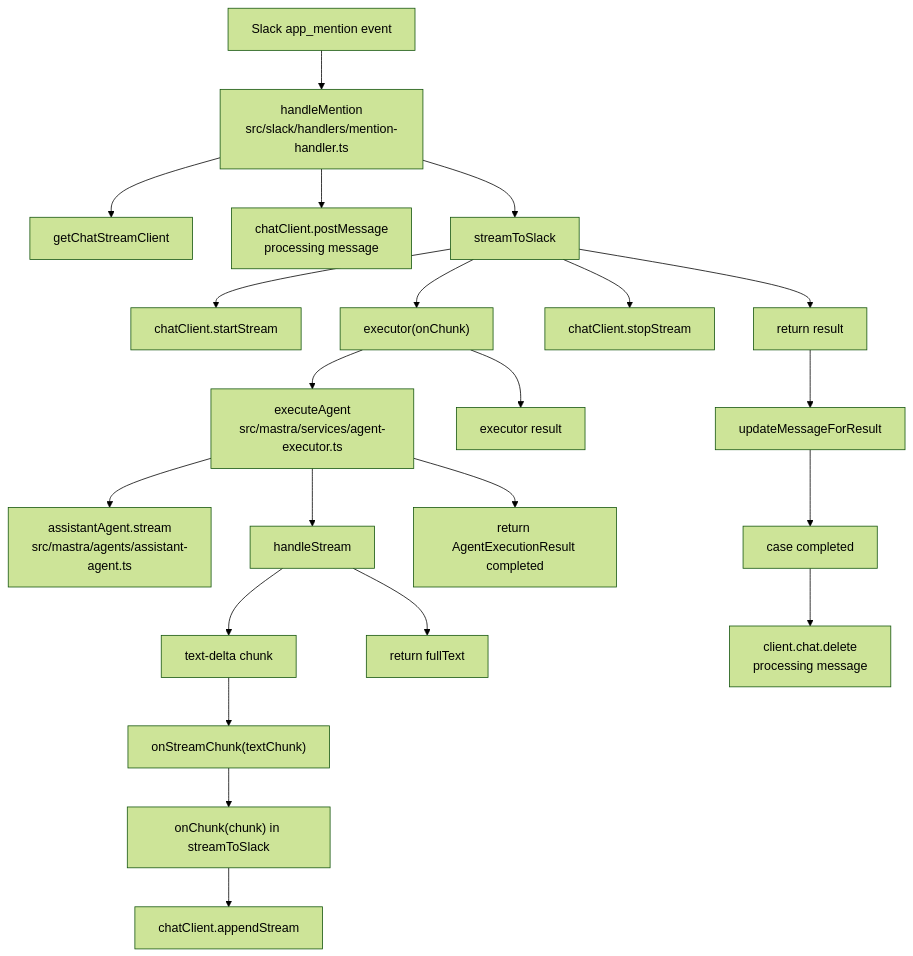
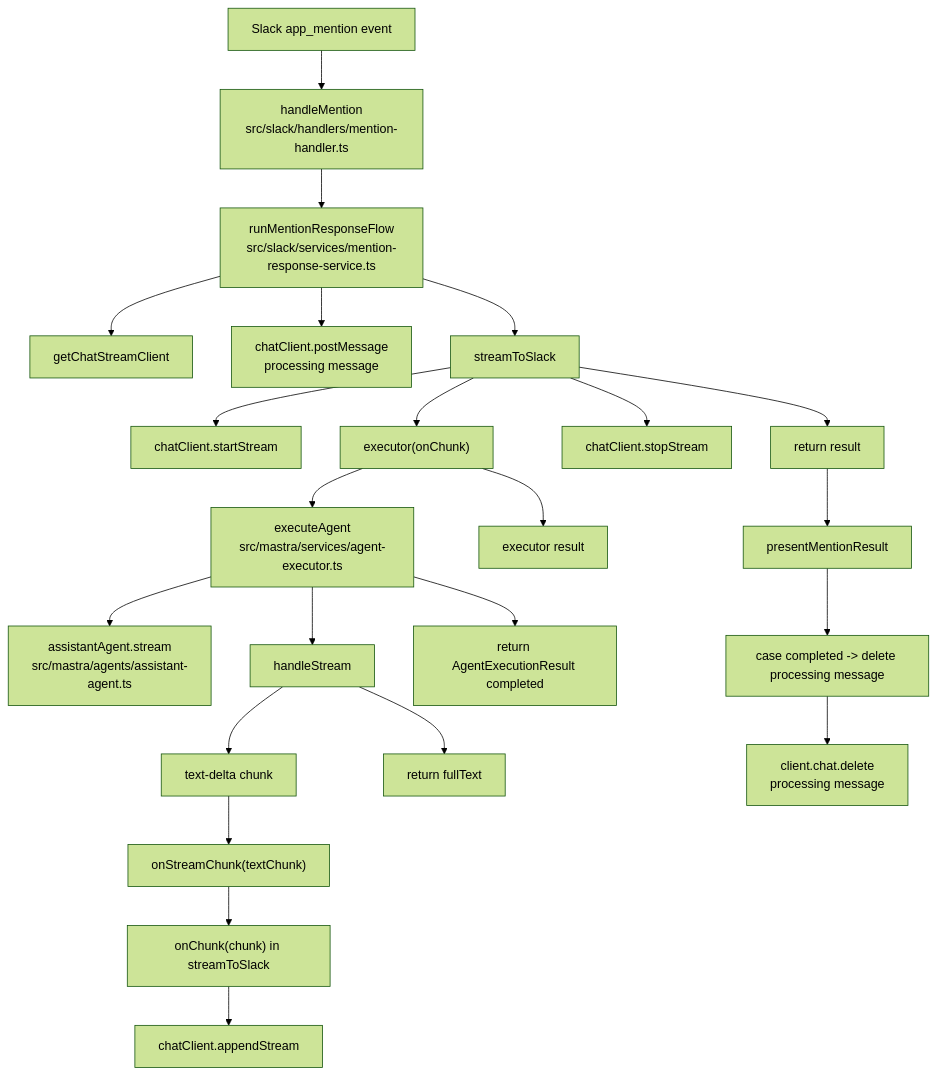
Before and after one commit to 2bo/mastra-slack-agent: the diagram in docs/MENTION_TEXT_RESPONSE_FLOW.md, drawn with Mermaid (forest theme). The commit also changed other lines of this file and 17 other files, not shown here.

Commit message:
refactor(slack): split response flows and simplify HITL result presentation Entire-Checkpoint: 007fd25de0ab

````diff
--- a/docs/MENTION_TEXT_RESPONSE_FLOW.md
+++ b/docs/MENTION_TEXT_RESPONSE_FLOW.md
@@ -34,30 +37,31 @@
 ```mermaid
 flowchart TD
   A["Slack app_mention event"] --> B["handleMention\nsrc/slack/handlers/mention-handler.ts"]
+  B --> C["runMentionResponseFlow\nsrc/slack/services/mention-response-service.ts"]
 
-  B --> C["getChatStreamClient"]
-  B --> D["chatClient.postMessage\nprocessing message"]
-  B --> E["streamToSlack"]
+  C --> D["getChatStreamClient"]
+  C --> E["chatClient.postMessage\nprocessing message"]
+  C --> F["streamToSlack"]
 
-  E --> F["chatClient.startStream"]
-  E --> G["executor(onChunk)"]
+  F --> G["chatClient.startStream"]
+  F --> H["executor(onChunk)"]
 
-  G --> H["executeAgent\nsrc/mastra/services/agent-executor.ts"]
-  H --> I["assistantAgent.stream\nsrc/mastra/agents/assistant-agent.ts"]
-  H --> J["handleStream"]
+  H --> I["executeAgent\nsrc/mastra/services/agent-executor.ts"]
+  I --> J["assistantAgent.stream\nsrc/mastra/agents/assistant-agent.ts"]
+  I --> K["handleStream"]
 
-  J --> K["text-delta chunk"]
-  K --> L["onStreamChunk(textChunk)"]
-  L --> M["onChunk(chunk) in streamToSlack"]
-  M --> N["chatClient.appendStream"]
+  K --> L["text-delta chunk"]
+  L --> M["onStreamChunk(textChunk)"]
+  M --> N["onChunk(chunk) in streamToSlack"]
+  N --> O["chatClient.appendStream"]
 
-  J --> O["return fullText"]
-  H --> P["return AgentExecutionResult completed"]
-  G --> Q["executor result"]
+  K --> P["return fullText"]
+  I --> Q["return AgentExecutionResult completed"]
+  H --> R["executor result"]
 
-  E --> R["chatClient.stopStream"]
-  E --> S["return result"]
-  S --> T["updateMessageForResult"]
-  T --> U["case completed"]
-  U --> V["client.chat.delete\nprocessing message"]
+  F --> S["chatClient.stopStream"]
+  F --> T["return result"]
+  T --> U["presentMentionResult"]
+  U --> V["case completed -> delete processing message"]
+  V --> W["client.chat.delete\nprocessing message"]
 ```
````
